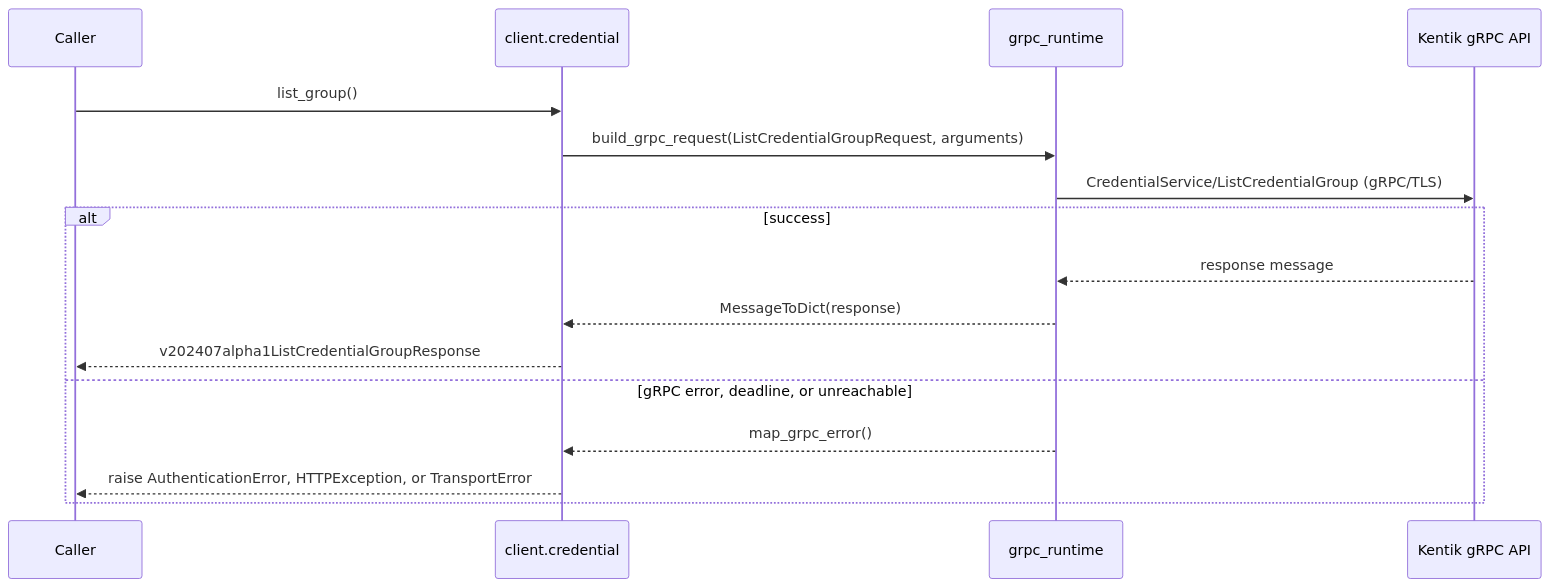
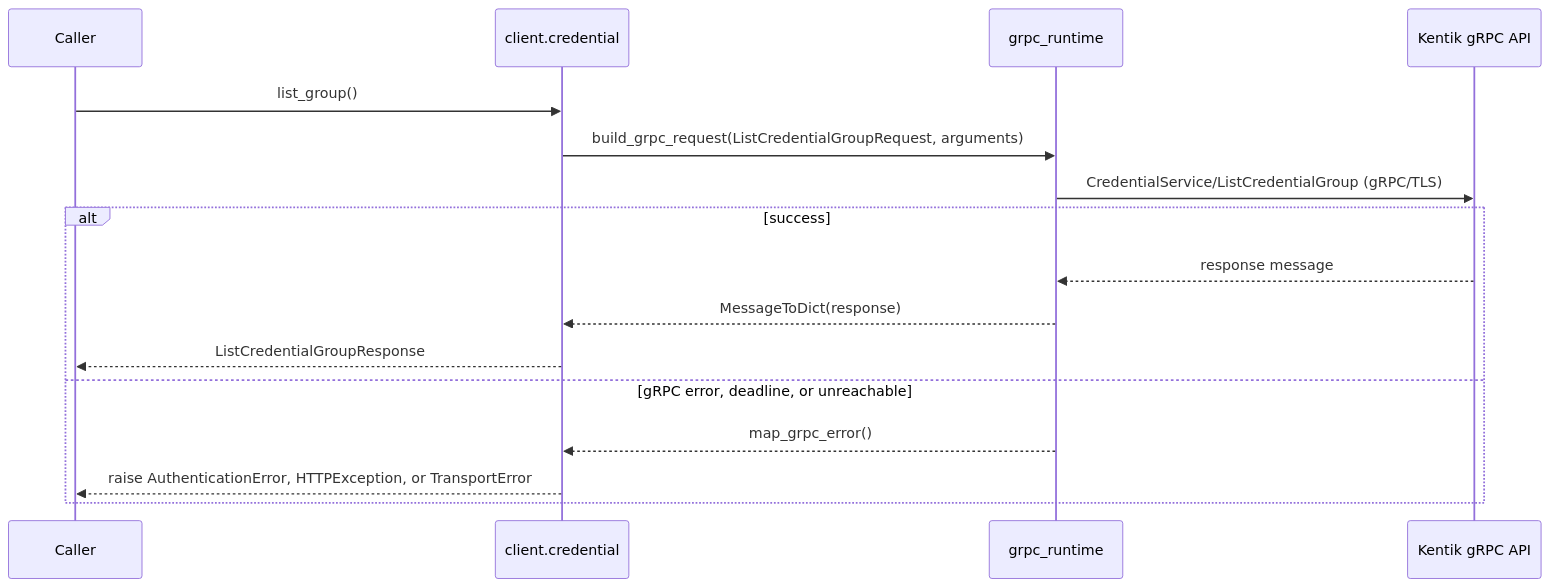
Before and after one commit to alexdearaujo/community_sdk_python: the third of 6 diagrams in docs/sphinx/services/credential.md, drawn with Mermaid. The commit also changed other lines of this file and 38 other files, not shown here.

````diff
--- a/docs/sphinx/services/credential.md
+++ b/docs/sphinx/services/credential.md
@@ -59,19 +59,19 @@
 ```mermaid
 sequenceDiagram
     participant C as Caller
     participant W as client.credential
     participant R as grpc_runtime
     participant API as Kentik gRPC API
 
     C->>W: list_group()
     W->>R: build_grpc_request(ListCredentialGroupRequest, arguments)
     R->>API: CredentialService/ListCredentialGroup (gRPC/TLS)
     alt success
         API-->>R: response message
         R-->>W: MessageToDict(response)
-        W-->>C: v202407alpha1ListCredentialGroupResponse
+        W-->>C: ListCredentialGroupResponse
     else gRPC error, deadline, or unreachable
         R-->>W: map_grpc_error()
         W-->>C: raise AuthenticationError, HTTPException, or TransportError
     end
 ```
````
